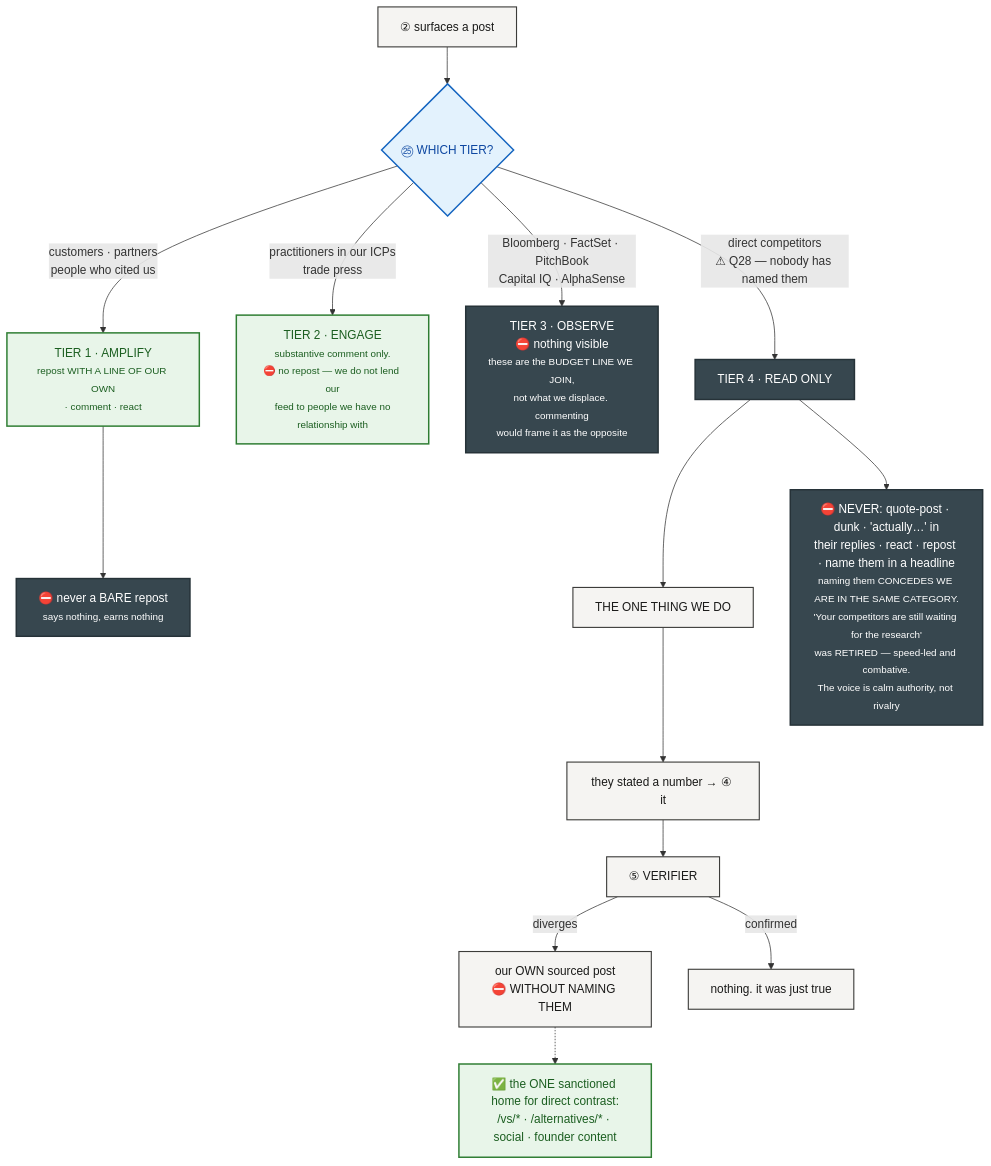
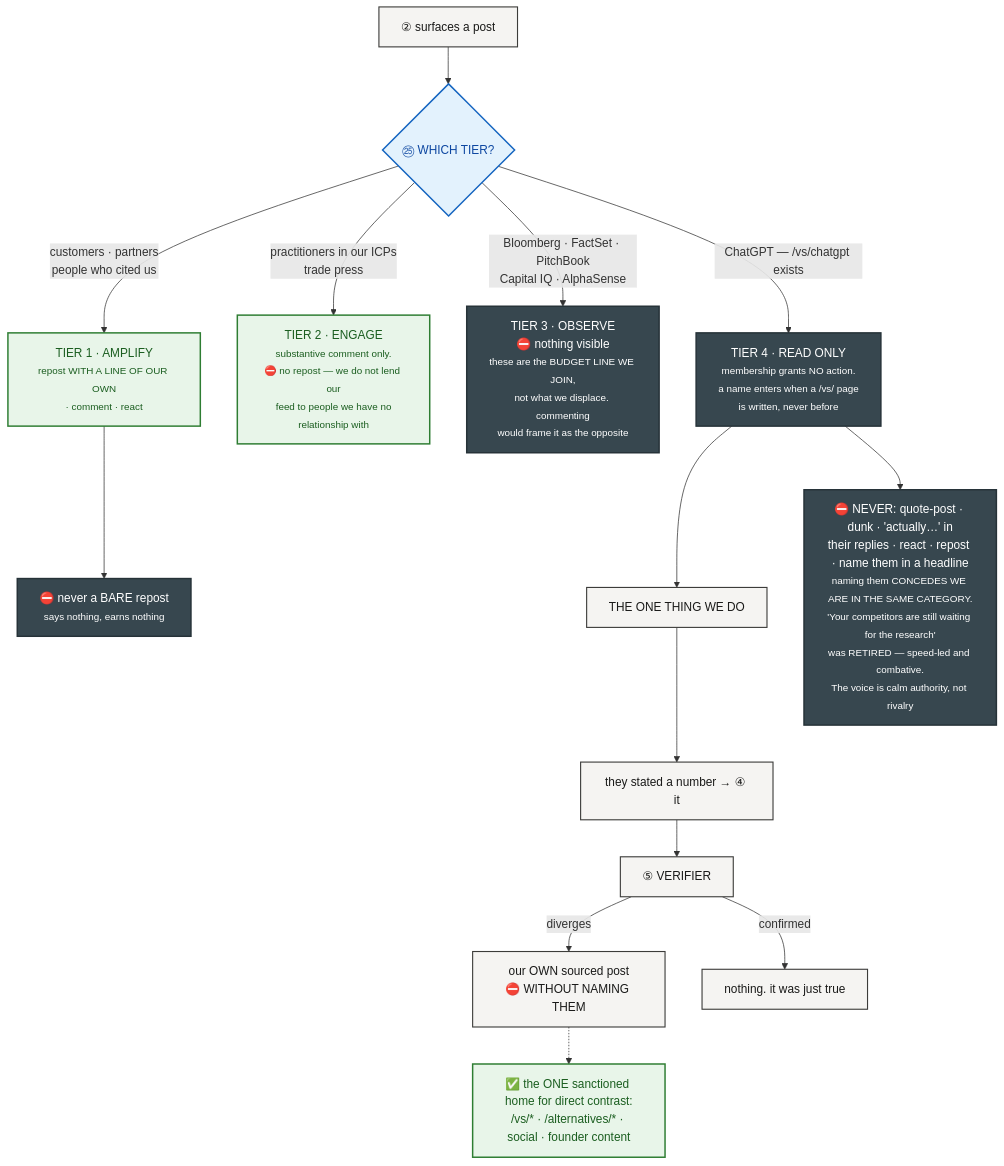
Diagram 19 of 21 in docs/gtm/content-engine-flowchart.md (rathishreya/Caspr), drawn with Mermaid before and after one commit. The commit also changed other lines of this file and 2 other files, not shown here.

````diff
--- a/docs/gtm/content-engine-flowchart.md
+++ b/docs/gtm/content-engine-flowchart.md
@@ -984,33 +985,33 @@
 ```mermaid
 flowchart TD
     F["② surfaces a post"] --> T{"㉕ WHICH TIER?"}
 
     T -->|"customers · partners<br/>people who cited us"| T1["TIER 1 · AMPLIFY<br/><small>repost WITH A LINE OF OUR OWN<br/>· comment · react</small>"]
     T -->|"practitioners in our ICPs<br/>trade press"| T2["TIER 2 · ENGAGE<br/><small>substantive comment only.<br/>⛔ no repost — we do not lend our<br/>feed to people we have no<br/>relationship with</small>"]
     T -->|"Bloomberg · FactSet · PitchBook<br/>Capital IQ · AlphaSense"| T3["TIER 3 · OBSERVE<br/>⛔ nothing visible<br/><small>these are the BUDGET LINE WE JOIN,<br/>not what we displace. commenting<br/>would frame it as the opposite</small>"]
-    T -->|"direct competitors<br/>⚠ Q28 — nobody has named them"| T4["TIER 4 · READ ONLY"]
+    T -->|"ChatGPT — /vs/chatgpt exists"| T4["TIER 4 · READ ONLY<br/><small>membership grants NO action.<br/>a name enters when a /vs/ page<br/>is written, never before</small>"]
 
     T1 --> NB["⛔ never a BARE repost<br/><small>says nothing, earns nothing</small>"]
 
     T4 --> ONLY["THE ONE THING WE DO"]
     ONLY --> CLAIM["they stated a number → ④ it"]
     CLAIM --> VER["⑤ VERIFIER"]
     VER -->|"diverges"| OWN["our OWN sourced post<br/>⛔ WITHOUT NAMING THEM"]
     VER -->|"confirmed"| NOTHING["nothing. it was just true"]
 
     NEVER["⛔ NEVER: quote-post · dunk · 'actually…' in<br/>their replies · react · repost · name them in a headline<br/><small>naming them CONCEDES WE ARE IN THE SAME CATEGORY.<br/>'Your competitors are still waiting for the research'<br/>was RETIRED — speed-led and combative.<br/>The voice is calm authority, not rivalry</small>"]
     T4 --> NEVER
 
     HOME["✅ the ONE sanctioned home for direct contrast:<br/>/vs/* · /alternatives/* · social · founder content"]
     OWN -.-> HOME
 
     classDef mach fill:#f5f4f2,stroke:#3c3c3a,stroke-width:1.5px,color:#1a1a19
     classDef hum fill:#e3f2fd,stroke:#1565c0,stroke-width:2px,color:#0d47a1
     classDef stop fill:#37474f,stroke:#263238,stroke-width:2px,color:#ffffff
     classDef good fill:#e8f5e9,stroke:#2e7d32,stroke-width:2px,color:#1b5e20
     classDef warn fill:#fff8e1,stroke:#f9a825,stroke-width:2px,color:#7f5f00
     class F,CLAIM,VER,OWN,NOTHING,ONLY mach
     class T hum
     class T3,T4,NEVER,NB stop
     class T1,T2,HOME good
 ```
````
